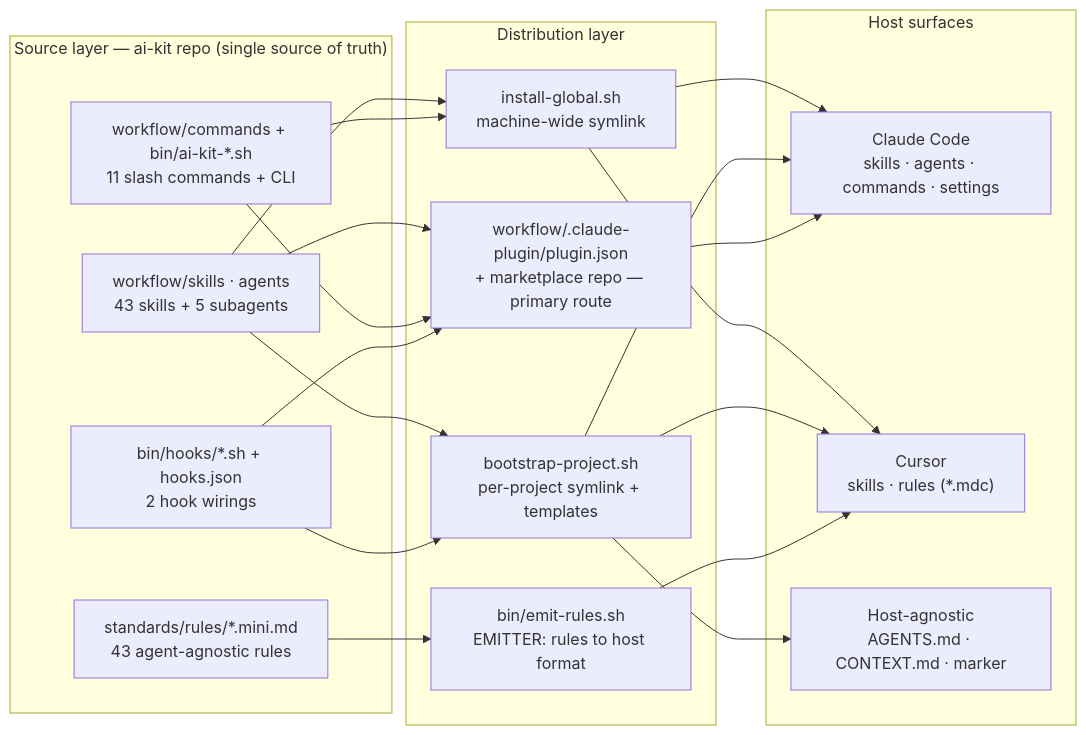
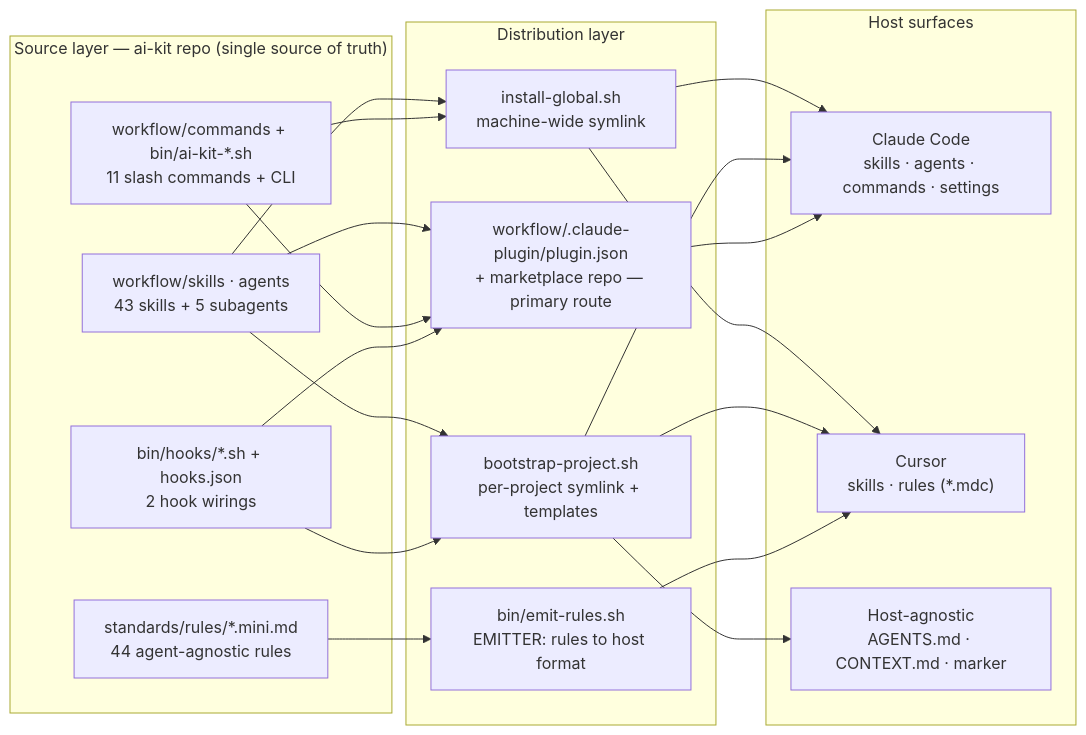
One commit to yusufkaracaburun/ai-kit changed the first of 2 diagrams in docs/diagrams.md. Above: the diagram before and after it, drawn with Mermaid. The commit also changed 21 other files, not shown here.

````diff
--- a/docs/diagrams.md
+++ b/docs/diagrams.md
@@ -10,32 +10,32 @@
 ```mermaid
 flowchart LR
   subgraph SRC["Source layer — ai-kit repo (single source of truth)"]
     SA["workflow/skills · agents<br/>43 skills + 5 subagents"]
     CB["workflow/commands + bin/ai-kit-*.sh<br/>11 slash commands + CLI"]
     H["bin/hooks/*.sh + hooks.json<br/>2 hook wirings"]
-    R["standards/rules/*.mini.md<br/>43 agent-agnostic rules"]
+    R["standards/rules/*.mini.md<br/>44 agent-agnostic rules"]
   end
 
   subgraph DIST["Distribution layer"]
     IG["install-global.sh<br/>machine-wide symlink"]
     PL["workflow/.claude-plugin/plugin.json<br/>+ marketplace repo — primary route"]
     BP["bootstrap-project.sh<br/>per-project symlink + templates"]
     ER["bin/emit-rules.sh<br/>EMITTER: rules to host format"]
   end
 
   subgraph HOSTS["Host surfaces"]
     CC["Claude Code<br/>skills · agents · commands · settings"]
     CU["Cursor<br/>skills · rules (*.mdc)"]
     HA["Host-agnostic<br/>AGENTS.md · CONTEXT.md · marker"]
   end
 
   SA --> IG & BP & PL
   CB --> IG & PL
   H --> PL & BP
   R --> ER
 
   IG --> CC & CU
   BP --> CC & CU & HA
   PL --> CC
   ER --> CU
 ```
````
